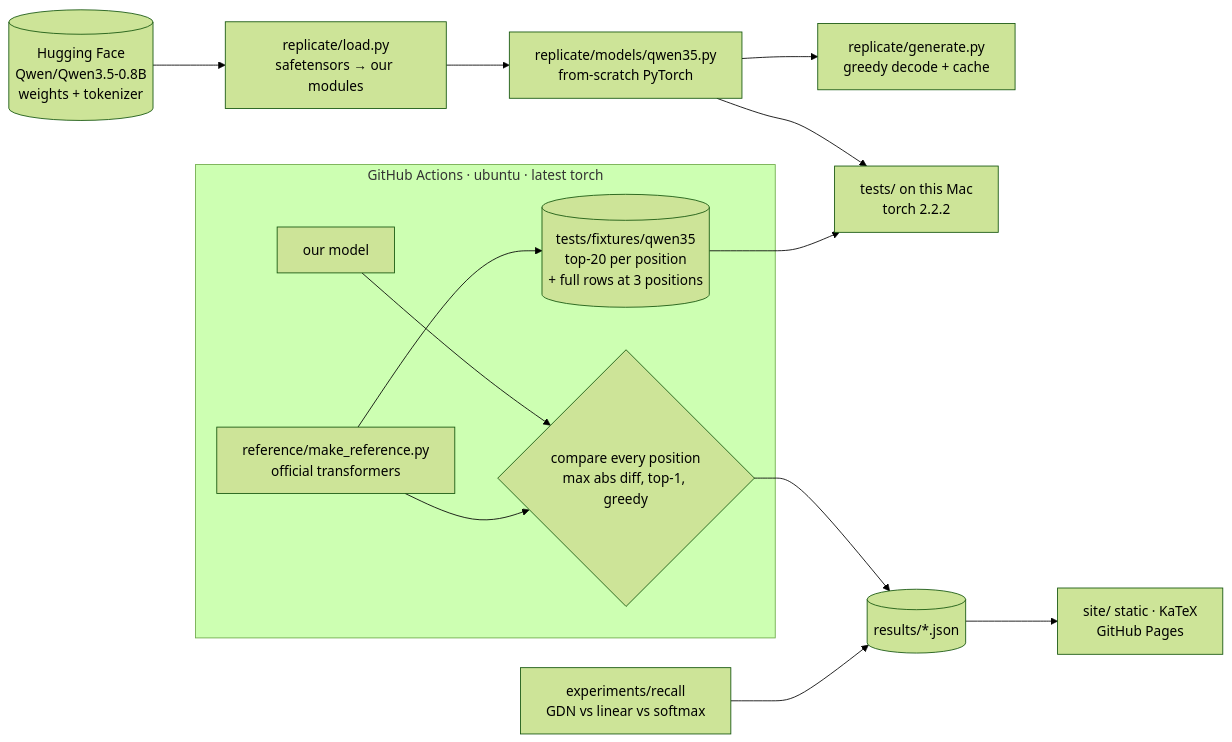
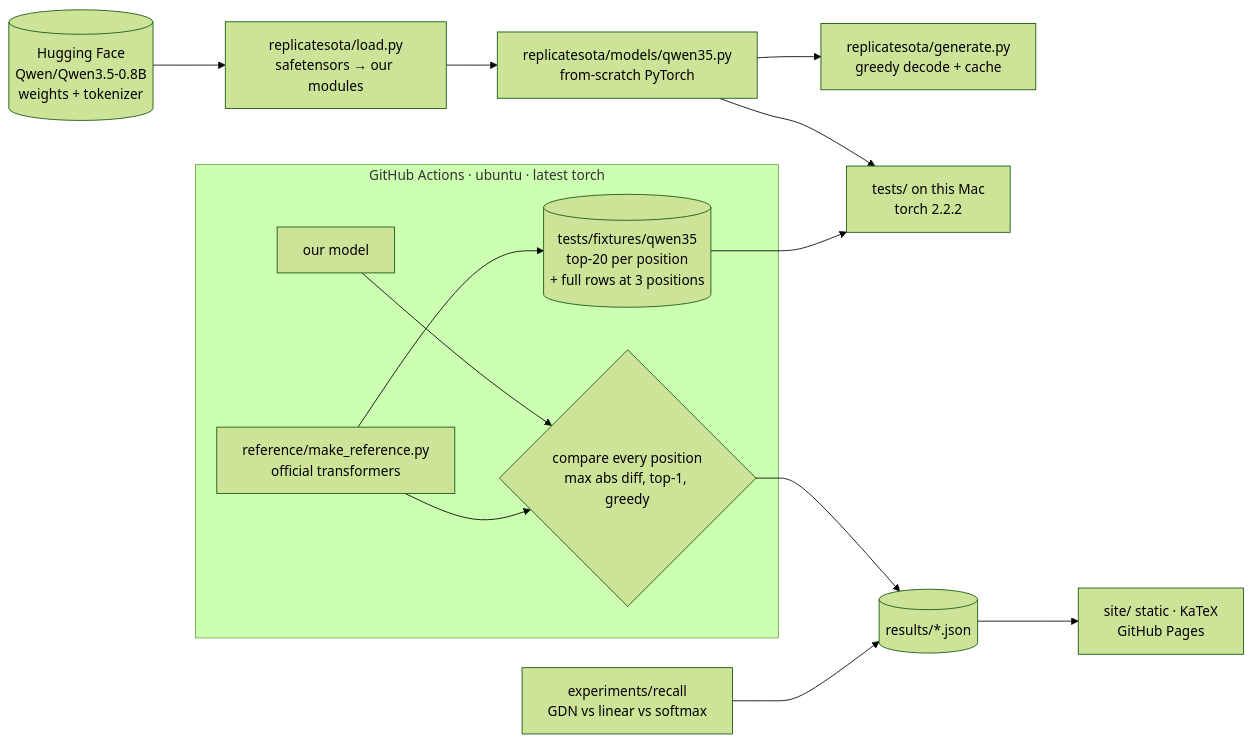
Before and after one commit to amalmehta/ReplicateSOTA: the diagram in docs/SYSTEM-DESIGN.md, drawn with Mermaid (forest theme). The commit also changed other lines of this file, not shown here.

Commit message:
Fix package paths in system design doc
The package lives in replicatesota/, not replicate/.

````diff
--- a/docs/SYSTEM-DESIGN.md
+++ b/docs/SYSTEM-DESIGN.md
@@ -13,19 +13,19 @@
 ```mermaid
 flowchart LR
-  HF[(Hugging Face<br/>Qwen/Qwen3.5-0.8B<br/>weights + tokenizer)] --> L[replicate/load.py<br/>safetensors → our modules]
-  L --> M[replicate/models/qwen35.py<br/>from-scratch PyTorch]
-  M --> G[replicate/generate.py<br/>greedy decode + cache]
+  HF[(Hugging Face<br/>Qwen/Qwen3.5-0.8B<br/>weights + tokenizer)] --> L[replicatesota/load.py<br/>safetensors → our modules]
+  L --> M[replicatesota/models/qwen35.py<br/>from-scratch PyTorch]
+  M --> G[replicatesota/generate.py<br/>greedy decode + cache]
 
   subgraph CI [GitHub Actions · ubuntu · latest torch]
     R[reference/make_reference.py<br/>official transformers] --> C{compare every position<br/>max abs diff, top-1, greedy}
     M2[our model] --> C
     R --> FX[(tests/fixtures/qwen35<br/>top-20 per position<br/>+ full rows at 3 positions)]
   end
 
   FX --> T[tests/ on this Mac<br/>torch 2.2.2]
   M --> T
 
   E[experiments/recall<br/>GDN vs linear vs softmax] --> RES[(results/*.json)]
   C --> RES
   RES --> S[site/ static · KaTeX<br/>GitHub Pages]
 ```
````
